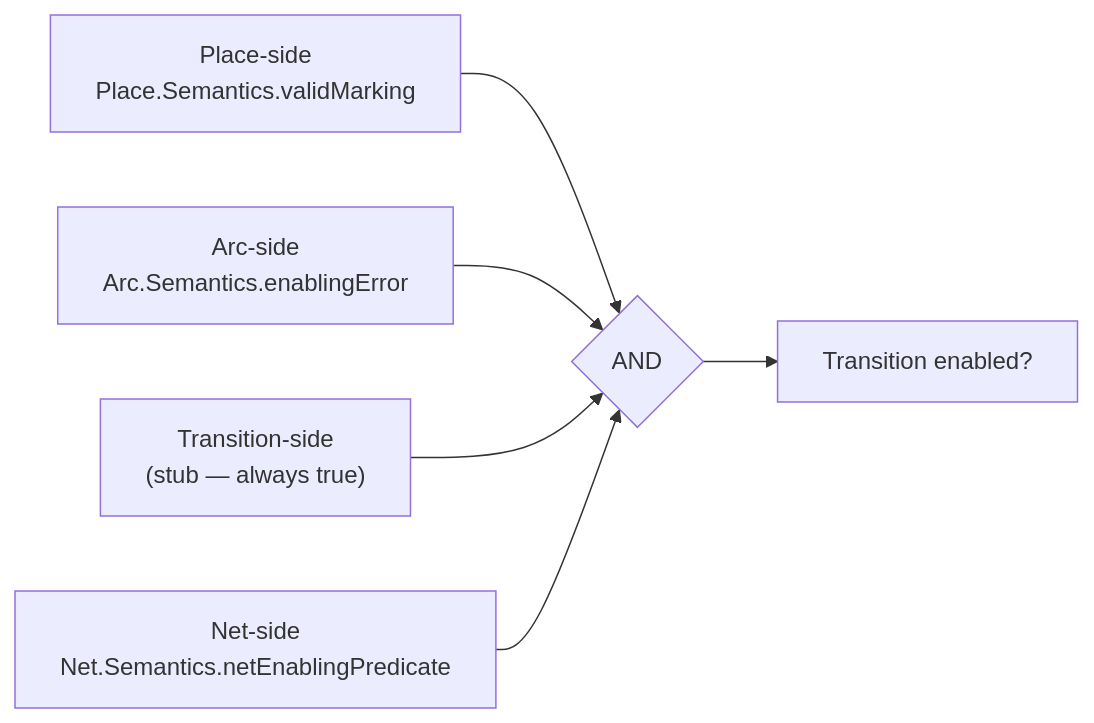
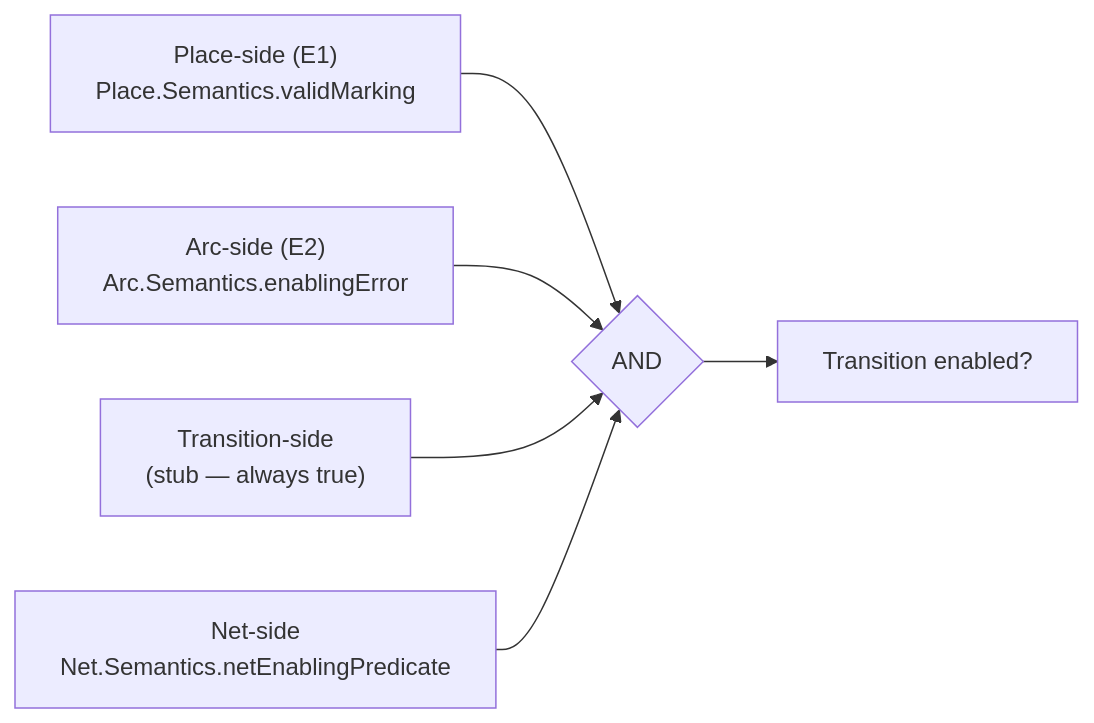
The seventh of 9 diagrams in docs/petri-net-library.md (cardano-hydrozoa/hydrozoa), drawn with Mermaid before and after one commit. The commit also changed other lines of this file and 3 other files, not shown here.

````diff
--- a/docs/petri-net-library.md
+++ b/docs/petri-net-library.md
@@ -325,13 +433,13 @@
 ```mermaid
 flowchart LR
-    PE["Place-side\nPlace.Semantics.validMarking"]
-    AE["Arc-side\nArc.Semantics.enablingError"]
+    PE["Place-side (E1)\nPlace.Semantics.validMarking"]
+    AE["Arc-side (E2)\nArc.Semantics.enablingError"]
     TE["Transition-side\n(stub — always true)"]
     NE["Net-side\nNet.Semantics.netEnablingPredicate"]
 
     PE --> AND{"AND"}
     AE --> AND
     TE --> AND
     NE --> AND
     AND --> EN["Transition enabled?"]
 ```
````
